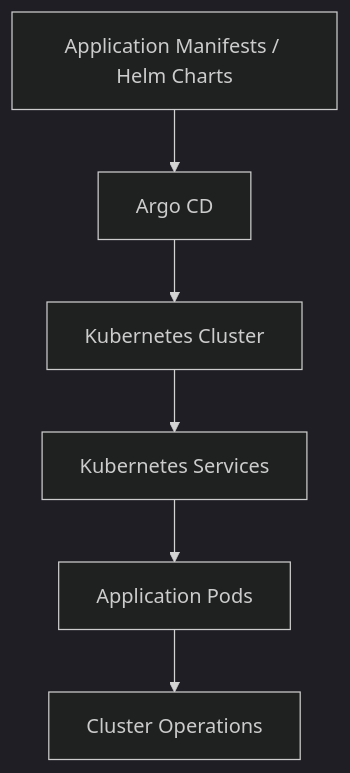
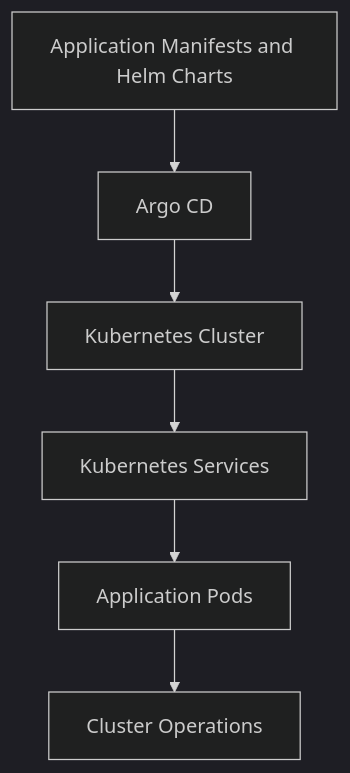
The fourth of 8 diagrams in README.md (manesaurabh1704-devops/manesaurabh1704-devops), drawn with Mermaid (dark theme) before and after one commit. The commit also changed other lines of this file, not shown here.

````diff
--- a/README.md
+++ b/README.md
@@ -476,8 +405,8 @@
 ```mermaid
 flowchart TD
-    A["Application Manifests / Helm Charts"] --> B["Argo CD"]
+    A["Application Manifests and Helm Charts"] --> B["Argo CD"]
     B --> C["Kubernetes Cluster"]
     C --> D["Kubernetes Services"]
     D --> E["Application Pods"]
     E --> F["Cluster Operations"]
 ```
````
